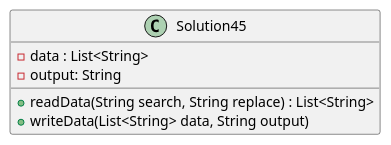
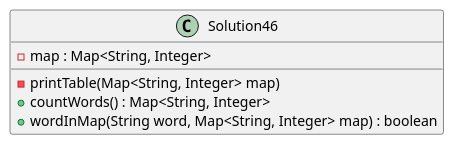
Before and after one commit to breemars/marsiano-a04: the diagram in exercise46/docs/Solution46UML.puml, drawn with PlantUML. The commit also changed 34 other files, not shown here.

```diff
--- a/exercise46/docs/Solution46UML.puml
+++ b/exercise46/docs/Solution46UML.puml
@@ -1,14 +1,14 @@
 @startuml
 
-class Solution45{
+class Solution46{
 'attributes
-    - data : List<String>
-    - output: String
+    - map : Map<String, Integer>
 
 'methods
-    +readData(String search, String replace) : List<String>
-    +writeData(List<String> data, String output)
+    -printTable(Map<String, Integer> map)
+    +countWords() : Map<String, Integer>
+    +wordInMap(String word, Map<String, Integer> map) : boolean
 }
 
 
 @enduml
```
